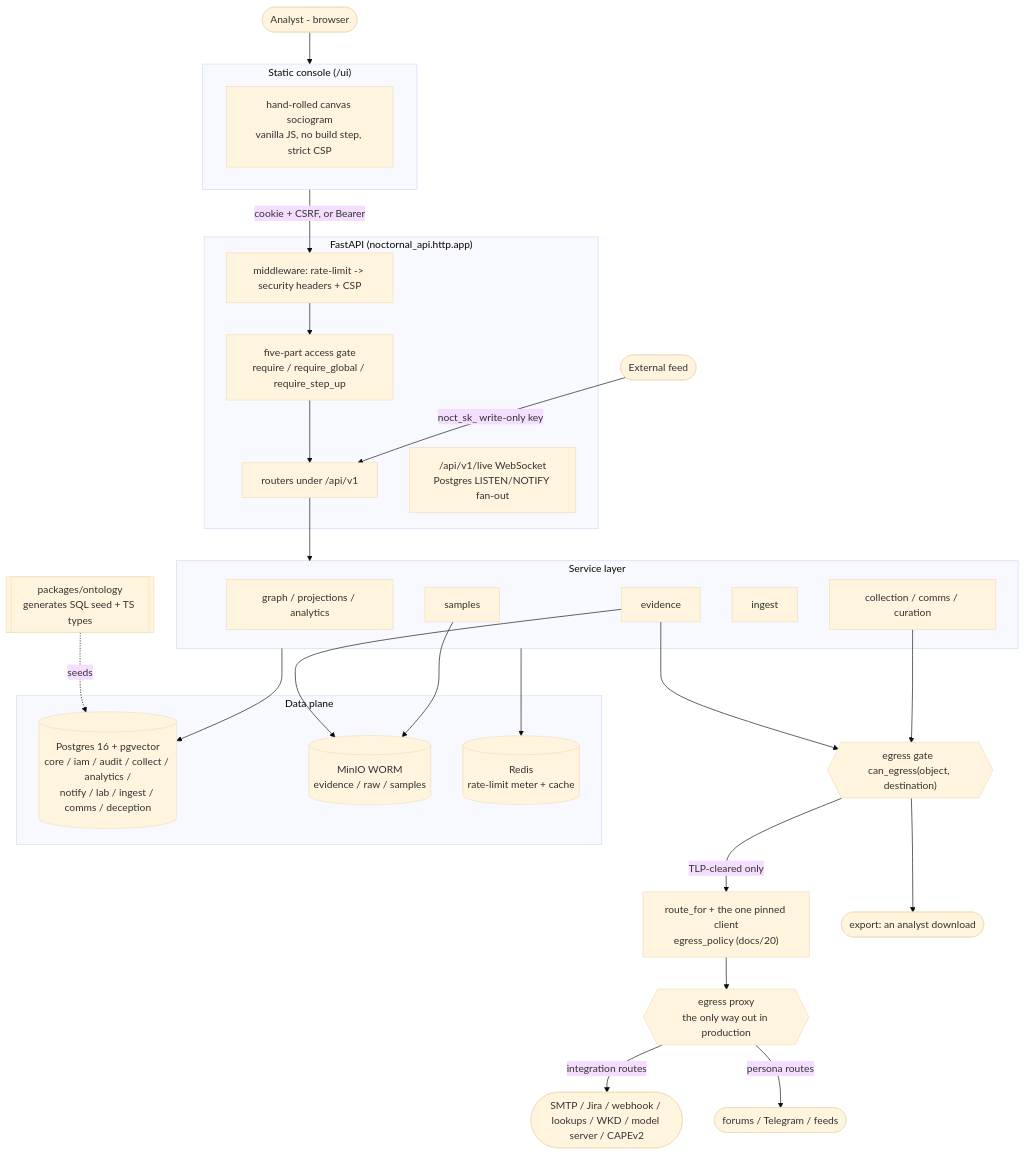
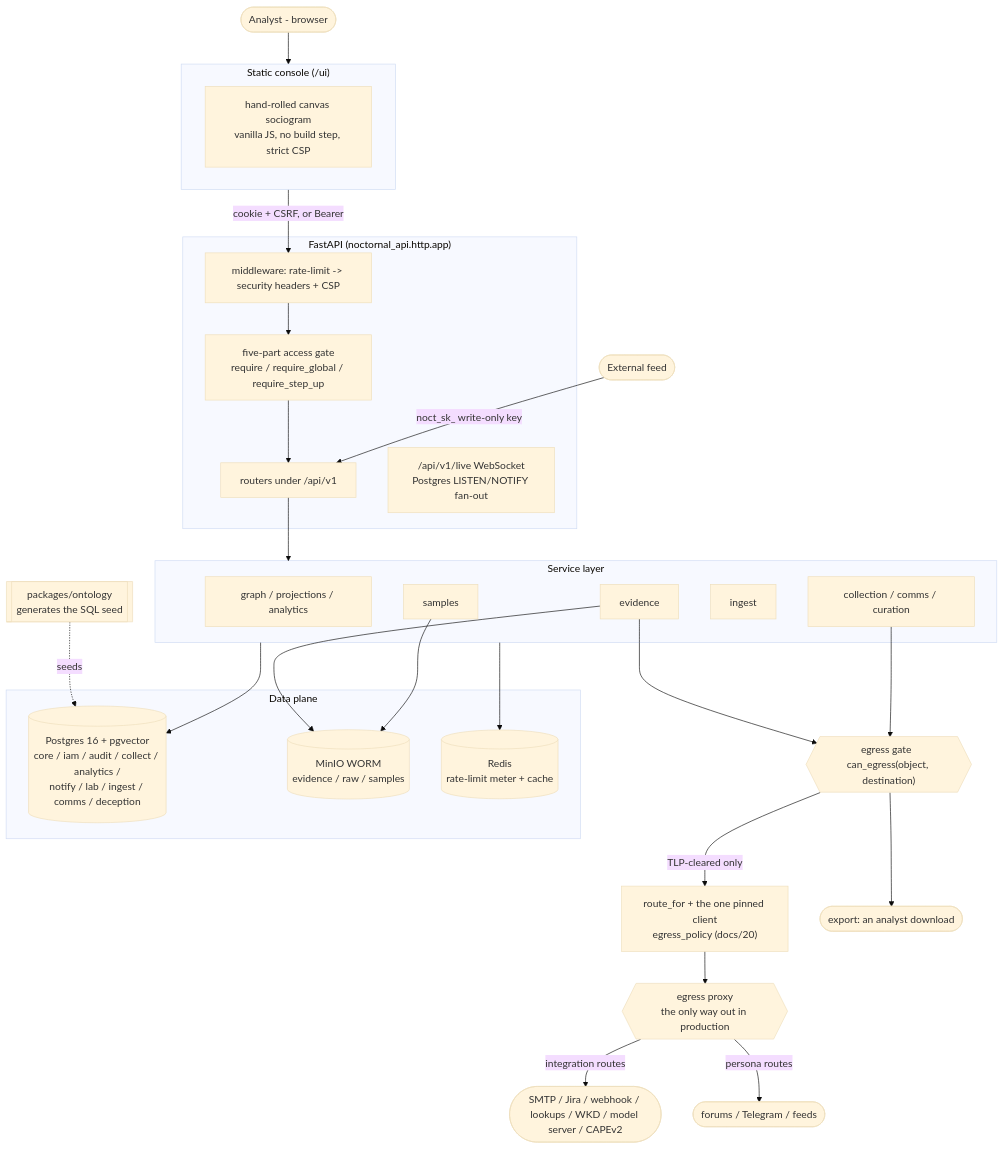
One commit to dboudreau00/NocTORnal changed the diagram in ARCHITECTURE.md. Above: the diagram before and after it, drawn with Mermaid (base theme). The commit also changed other lines of this file and 13 other files, not shown here.

Commit message:
docs: architecture and design documents without the build history; facts the code contradicted corrected

````diff
--- a/ARCHITECTURE.md
+++ b/ARCHITECTURE.md
@@ -59,56 +59,56 @@
 ```mermaid
 flowchart TB
   Analyst([Analyst - browser])
   Feed([External feed])
 
   subgraph UI["Static console  (/ui)"]
     Canvas["hand-rolled canvas sociogram<br/>vanilla JS, no build step, strict CSP"]
   end
 
   subgraph API["FastAPI  (noctornal_api.http.app)"]
     MW["middleware: rate-limit -> security headers + CSP"]
     GATE["five-part access gate<br/>require / require_global / require_step_up"]
     R["routers under /api/v1"]
     WS["/api/v1/live WebSocket<br/>Postgres LISTEN/NOTIFY fan-out"]
     MW --> GATE --> R
   end
 
   subgraph SVC["Service layer"]
     G["graph / projections / analytics"]
     E["evidence"]
     S["samples"]
     I["ingest"]
     CO["collection / comms / curation"]
   end
 
   subgraph DATA["Data plane"]
     PG[("Postgres 16 + pgvector<br/>core / iam / audit / collect / analytics /<br/>notify / lab / ingest / comms / deception")]
     OBJ[("MinIO WORM<br/>evidence / raw / samples")]
     RED[("Redis<br/>rate-limit meter + cache")]
   end
 
-  ONT[["packages/ontology<br/>generates SQL seed + TS types"]]
+  ONT[["packages/ontology<br/>generates the SQL seed"]]
   EG{{"egress gate  can_egress(object, destination)"}}
   RT["route_for + the one pinned client<br/>egress_policy (docs/20)"]
   PX{{"egress proxy<br/>the only way out in production"}}
   OUT([SMTP / Jira / webhook / lookups / WKD / model server / CAPEv2])
   SITES([forums / Telegram / feeds])
   EXP([export: an analyst download])
 
   Analyst --> UI
   UI -->|"cookie + CSRF, or Bearer"| MW
   Feed -->|"noct_sk_ write-only key"| R
   R --> SVC
   SVC --> PG
   E --> OBJ
   S --> OBJ
   SVC --> RED
   ONT -.seeds.-> PG
   E --> EG
   CO --> EG
   EG -->|"TLP-cleared only"| RT
   EG --> EXP
   RT --> PX
   PX -->|"integration routes"| OUT
   PX -->|"persona routes"| SITES
 ```
````
